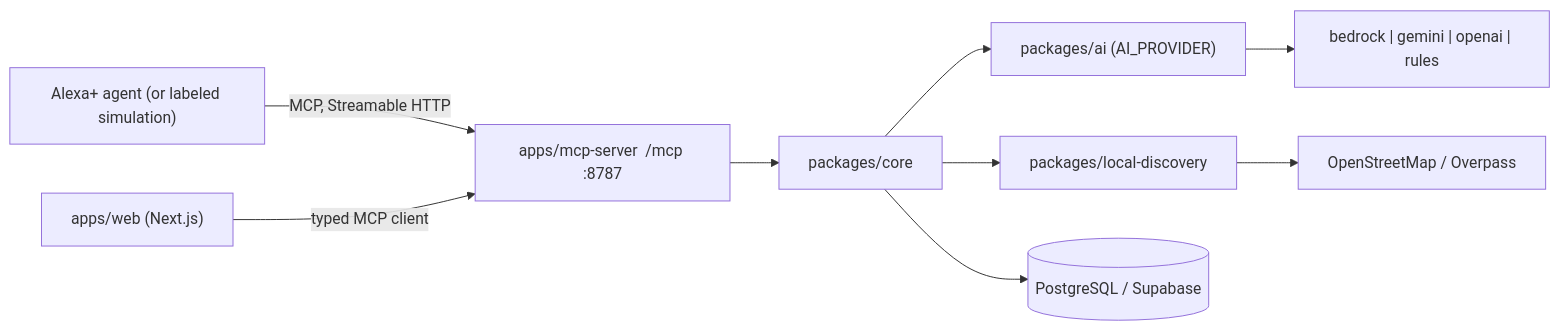
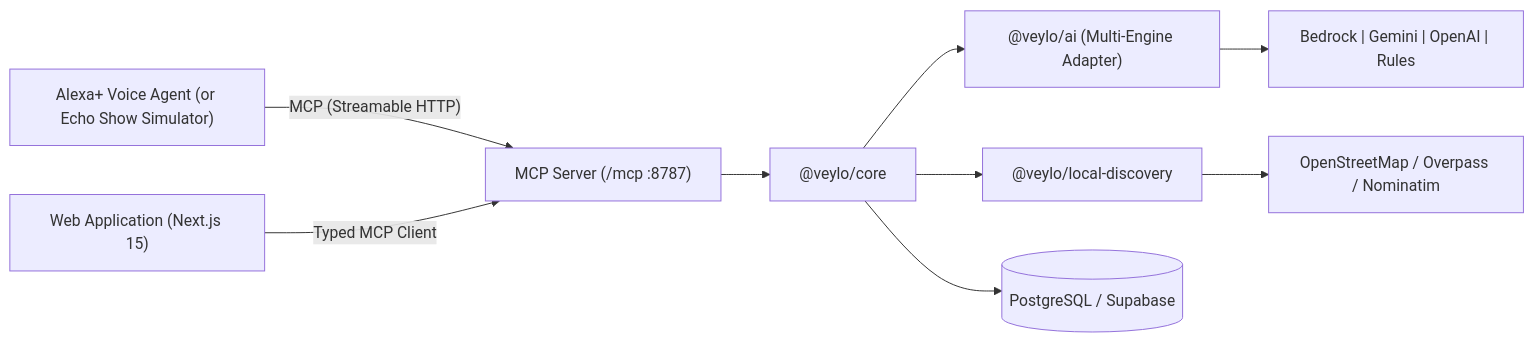
Before and after one commit to NOBA235/veylo: the diagram in docs/architecture.md, drawn with Mermaid. The commit also changed other lines of this file and 17 other files, not shown here.

````diff
--- a/docs/architecture.md
+++ b/docs/architecture.md
@@ -3,11 +5,11 @@
 ```mermaid
 flowchart LR
-  A["Alexa+ agent (or labeled simulation)"] -->|"MCP, Streamable HTTP"| M
-  W["apps/web (Next.js)"] -->|"typed MCP client"| M
-  M["apps/mcp-server  /mcp :8787"] --> C["packages/core"]
-  C --> AI["packages/ai  (AI_PROVIDER)"]
-  C --> LD["packages/local-discovery"]
+  A["Alexa+ Voice Agent (or Echo Show Simulator)"] -->|"MCP (Streamable HTTP)"| M
+  W["Web Application (Next.js 15)"] -->|"Typed MCP Client"| M
+  M["MCP Server (/mcp :8787)"] --> C["@veylo/core"]
+  C --> AI["@veylo/ai (Multi-Engine Adapter)"]
+  C --> LD["@veylo/local-discovery"]
   C --> DB[("PostgreSQL / Supabase")]
-  AI --> P["bedrock | gemini | openai | rules"]
-  LD --> O["OpenStreetMap / Overpass"]
+  AI --> P["Bedrock | Gemini | OpenAI | Rules"]
+  LD --> O["OpenStreetMap / Overpass / Nominatim"]
 ```
````
